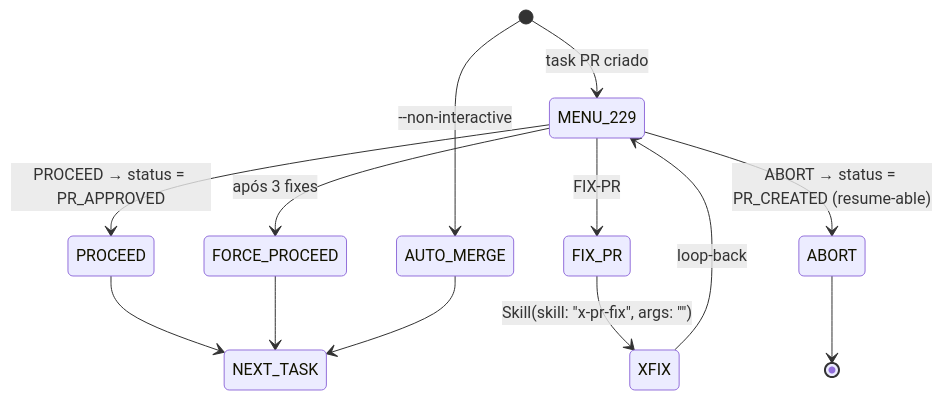
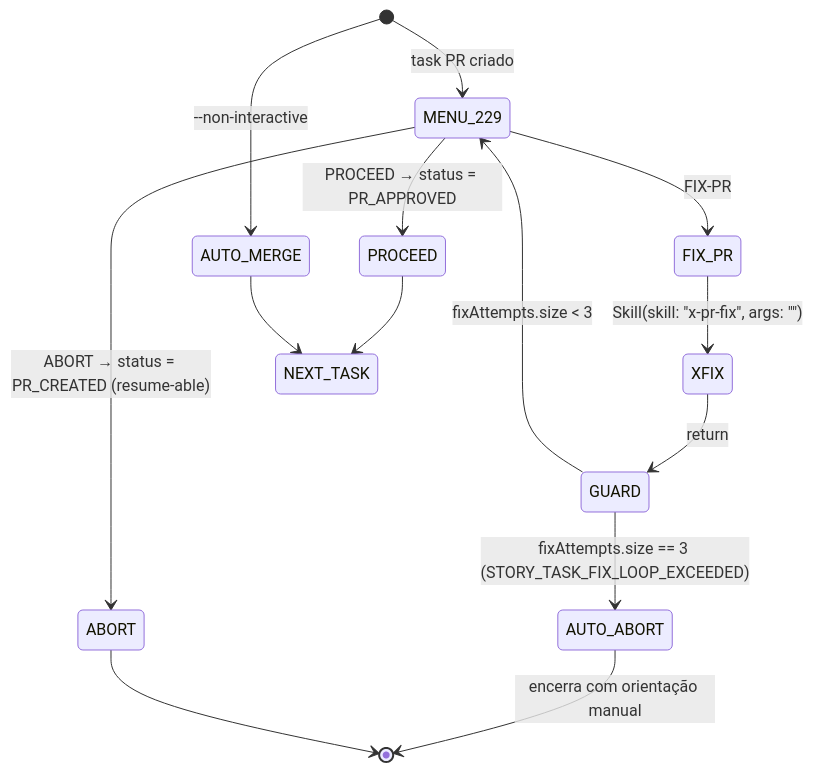
One commit to edercnj/ia-dev-environment changed the second of 2 diagrams in plans/epic-0043/story-0043-0003.md. Above: the diagram before and after it, drawn with Mermaid. The commit also changed other lines of this file and 6 other files, not shown here.

````diff
--- a/plans/epic-0043/story-0043-0003.md
+++ b/plans/epic-0043/story-0043-0003.md
@@ -143,18 +143,19 @@
 ```mermaid
 stateDiagram-v2
     [*] --> MENU_229: task PR criado
     [*] --> AUTO_MERGE: --non-interactive
 
     MENU_229 --> PROCEED: PROCEED → status = PR_APPROVED
     MENU_229 --> FIX_PR: FIX-PR
     MENU_229 --> ABORT: ABORT → status = PR_CREATED (resume-able)
-    MENU_229 --> FORCE_PROCEED: após 3 fixes
 
     FIX_PR --> XFIX: Skill(skill: "x-pr-fix", args: "<PR>")
-    XFIX --> MENU_229: loop-back
+    XFIX --> GUARD: return
+    GUARD --> MENU_229: fixAttempts.size < 3
+    GUARD --> AUTO_ABORT: fixAttempts.size == 3 (STORY_TASK_FIX_LOOP_EXCEEDED)
 
     PROCEED --> NEXT_TASK
-    FORCE_PROCEED --> NEXT_TASK
     AUTO_MERGE --> NEXT_TASK
+    AUTO_ABORT --> [*]: encerra com orientação manual
     ABORT --> [*]
 ```
````
